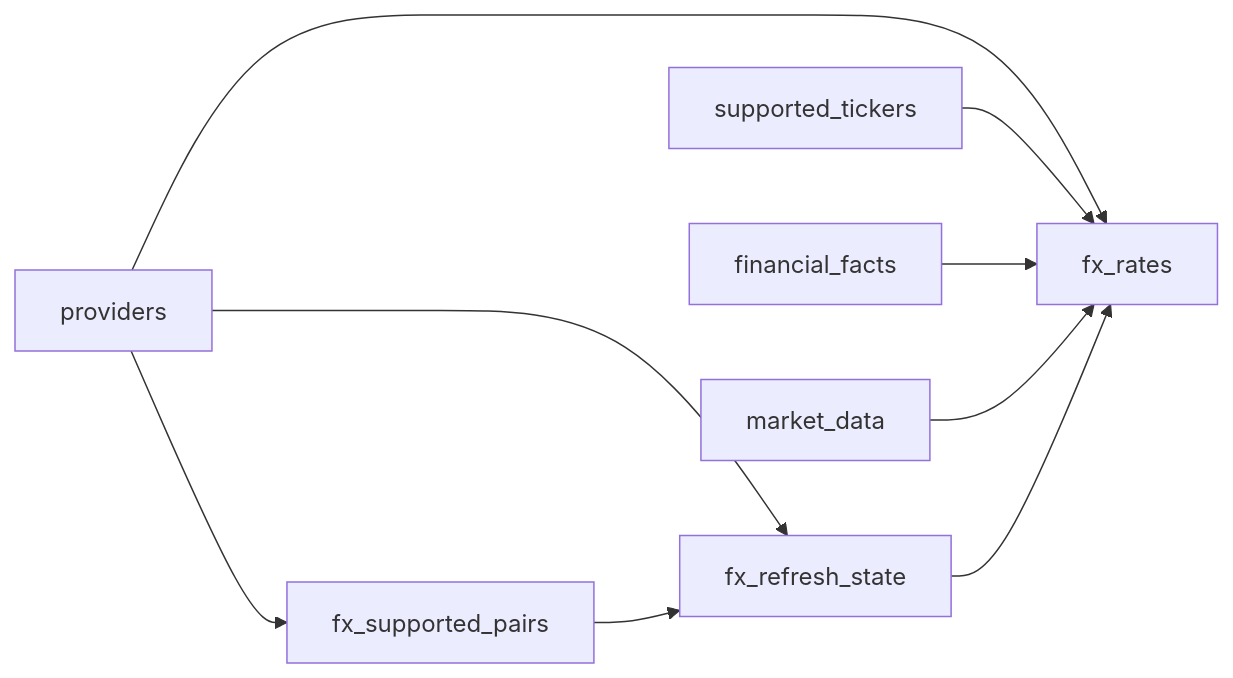
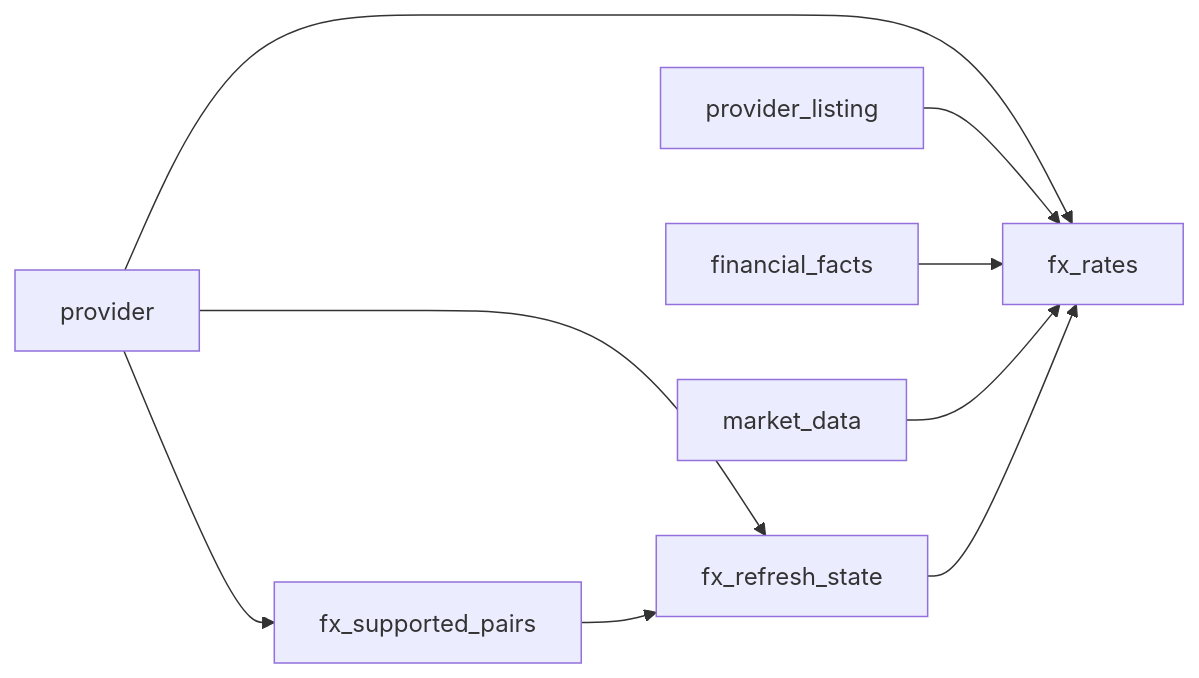
Before and after one commit to emretezel/pyvalue: the second of 2 diagrams in docs/architecture/database/relationships.md, drawn with Mermaid. The commit also changed other lines of this file and 41 other files, not shown here.

````diff
--- a/docs/architecture/database/relationships.md
+++ b/docs/architecture/database/relationships.md
@@ -36,11 +33,11 @@
 ```mermaid
 flowchart LR
-    providers --> fx_supported_pairs
-    providers --> fx_refresh_state
-    providers --> fx_rates
-    supported_tickers --> fx_rates
+    provider --> fx_supported_pairs
+    provider --> fx_refresh_state
+    provider --> fx_rates
+    provider_listing --> fx_rates
     financial_facts --> fx_rates
     market_data --> fx_rates
     fx_supported_pairs --> fx_refresh_state
     fx_refresh_state --> fx_rates
 ```
````
